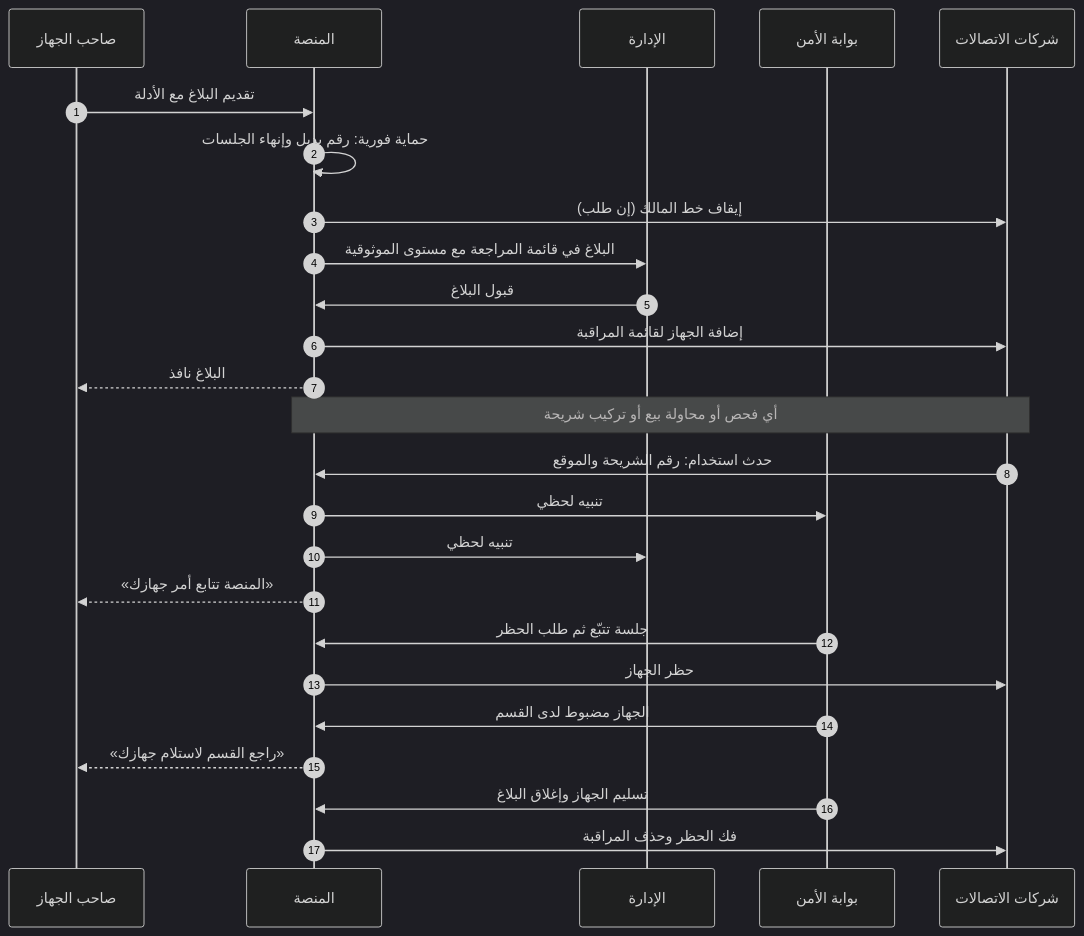
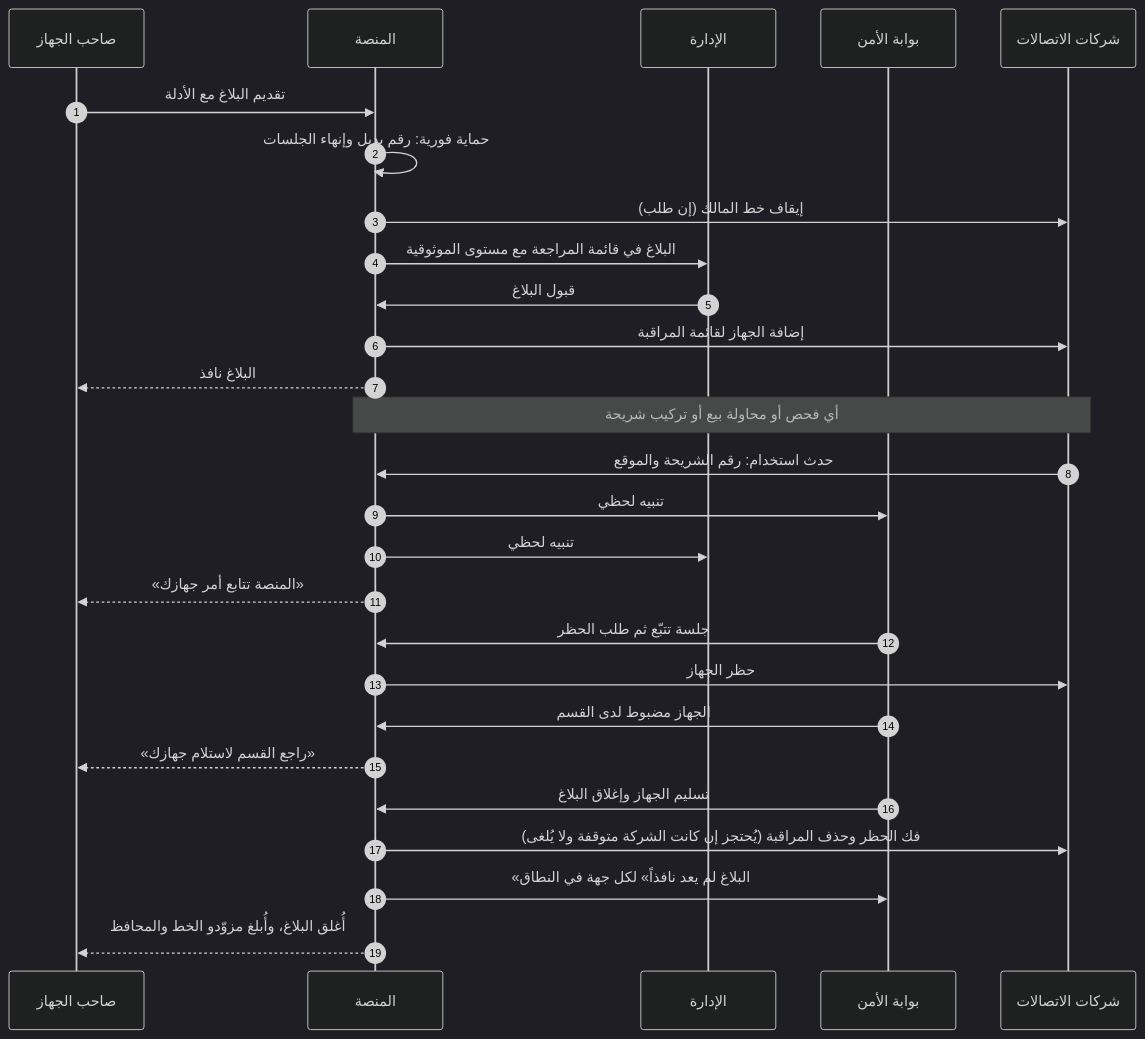
One commit to servacode/imei changed the third of 11 diagrams in docs/14-operational-lifecycle.md. Above: the diagram before and after it, drawn with Mermaid (dark theme). The commit also changed other lines of this file and 5 other files, not shown here.

````diff
--- a/docs/14-operational-lifecycle.md
+++ b/docs/14-operational-lifecycle.md
@@ -92,27 +117,29 @@
 ```mermaid
 sequenceDiagram
     autonumber
     participant O as صاحب الجهاز
     participant P as المنصة
     participant A as الإدارة
     participant S as بوابة الأمن
     participant T as شركات الاتصالات
     O->>P: تقديم البلاغ مع الأدلة
     P->>P: حماية فورية: رقم بديل وإنهاء الجلسات
     P->>T: إيقاف خط المالك (إن طلب)
     P->>A: البلاغ في قائمة المراجعة مع مستوى الموثوقية
     A->>P: قبول البلاغ
     P->>T: إضافة الجهاز لقائمة المراقبة
     P-->>O: البلاغ نافذ
     Note over P,T: أي فحص أو محاولة بيع أو تركيب شريحة
     T->>P: حدث استخدام: رقم الشريحة والموقع
     P->>S: تنبيه لحظي
     P->>A: تنبيه لحظي
     P-->>O: «المنصة تتابع أمر جهازك»
     S->>P: جلسة تتبّع ثم طلب الحظر
     P->>T: حظر الجهاز
     S->>P: الجهاز مضبوط لدى القسم
     P-->>O: «راجع القسم لاستلام جهازك»
     S->>P: تسليم الجهاز وإغلاق البلاغ
-    P->>T: فك الحظر وحذف المراقبة
+    P->>T: فك الحظر وحذف المراقبة (يُحتجز إن كانت الشركة متوقفة ولا يُلغى)
+    P->>S: «البلاغ لم يعد نافذاً» لكل جهة في النطاق
+    P-->>O: أُغلق البلاغ، وأُبلغ مزوّدو الخط والمحافظ
 ```
````
